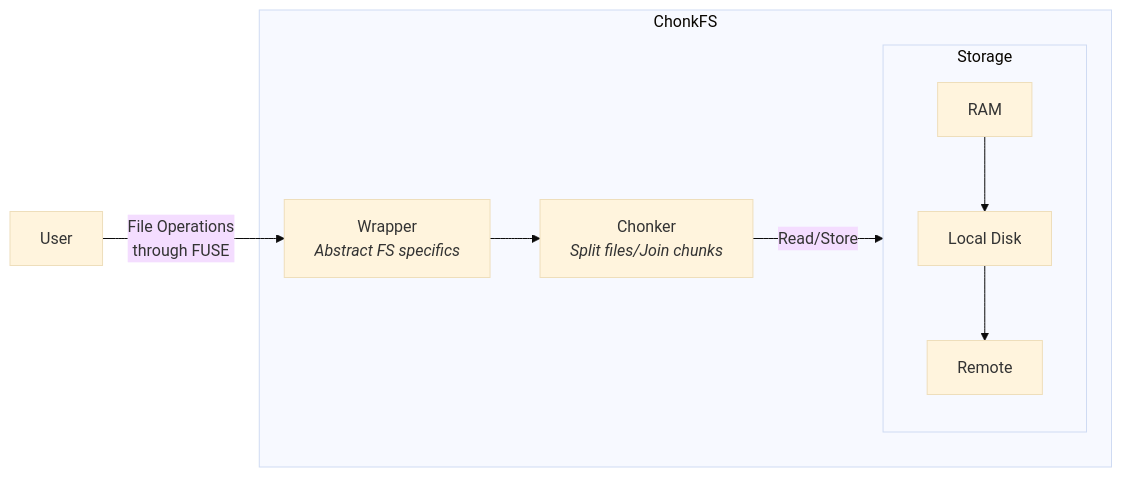
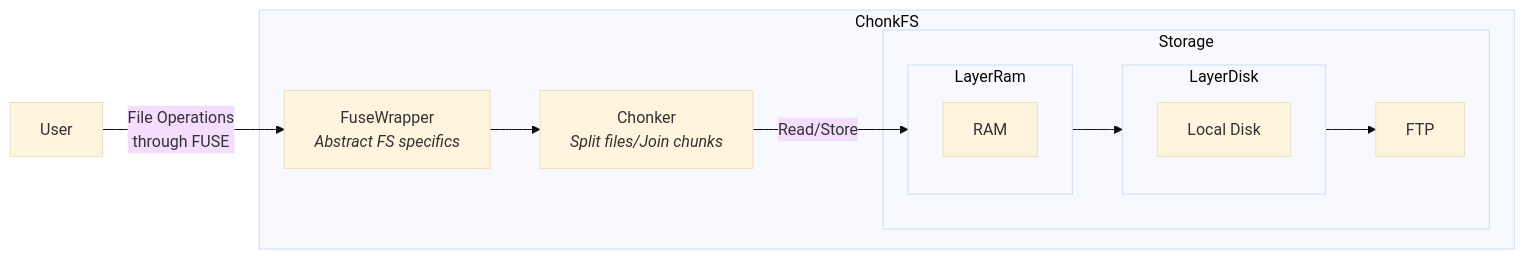
The diagram in README.md (lerenn/chonkfs), drawn with Mermaid (base theme) before and after one commit. The commit also changed other lines of this file and 35 other files, not shown here.

````diff
--- a/README.md
+++ b/README.md
@@ -24,13 +24,22 @@
 ```mermaid
 flowchart LR
-    User --File Operations<br/>through FUSE--> Wrapper
+    User --File Operations<br/>through FUSE--> FuseWrapper
     subgraph "ChonkFS"
-        Wrapper[Wrapper<br><i>Abstract FS specifics</i>] --> Chonker[Chonker<br><i>Split files/Join chunks</i>]
-        Chonker --Read/Store--> Storage
+        FuseWrapper[FuseWrapper<br><i>Abstract FS specifics</i>] --> Chonker[Chonker<br><i>Split files/Join chunks</i>]
+        Chonker --Read/Store--> LayerRam
 
         subgraph "Storage"
-            RAM --> LocalDisk[Local Disk] 
-            LocalDisk --> Remote
+            subgraph LayerRam
+                RAM 
+            end
+            subgraph LayerDisk
+                LocalDisk[Local Disk]
+            end
+            
+            FTP
         end
     end
+
+    LayerRam --> LayerDisk
+    LayerDisk --> FTP
 ```
````
